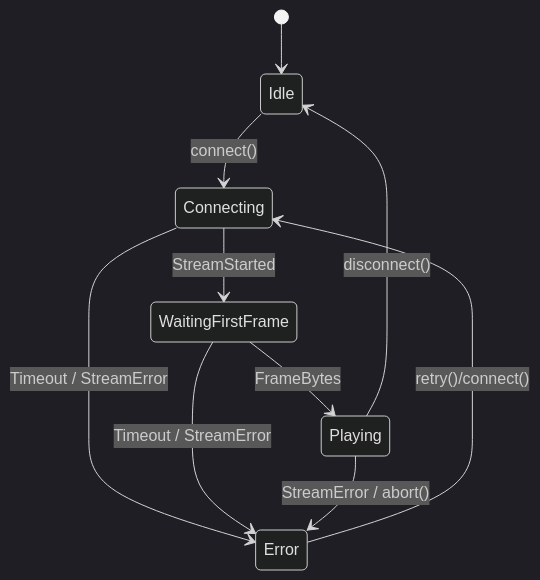
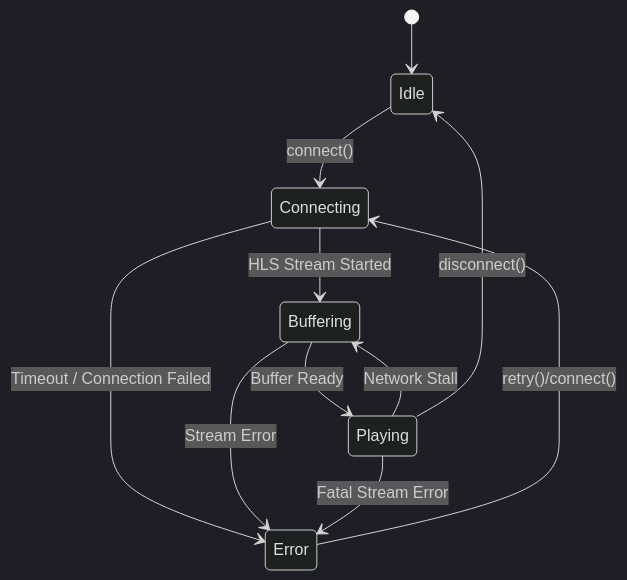
Before and after one commit to BBowdon00/Hydroponic_Monitor: the fourth of 4 diagrams in memory-bank/systemPatterns.md, drawn with Mermaid (dark theme). The commit also changed other lines of this file and 10 other files, not shown here.

````diff
--- a/memory-bank/systemPatterns.md
+++ b/memory-bank/systemPatterns.md
@@ -306,12 +306,13 @@
 ```mermaid
 stateDiagram-v2
     [*] --> Idle
     Idle --> Connecting : connect()
-    Connecting --> WaitingFirstFrame : StreamStarted
-    Connecting --> Error : Timeout / StreamError
-    WaitingFirstFrame --> Playing : FrameBytes
-    WaitingFirstFrame --> Error : Timeout / StreamError
+    Connecting --> Buffering : HLS Stream Started
+    Connecting --> Error : Timeout / Connection Failed
+    Buffering --> Playing : Buffer Ready
+    Buffering --> Error : Stream Error
+    Playing --> Buffering : Network Stall
     Playing --> Idle : disconnect()
-    Playing --> Error : StreamError / abort()
+    Playing --> Error : Fatal Stream Error
     Error --> Connecting : retry()/connect()
 ```
````
